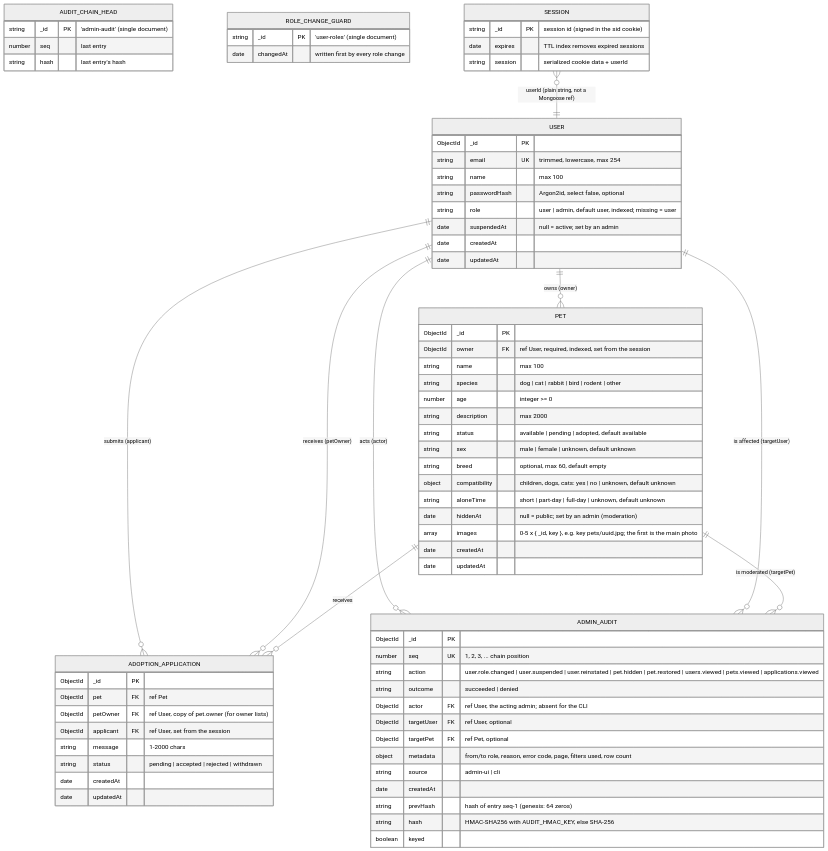
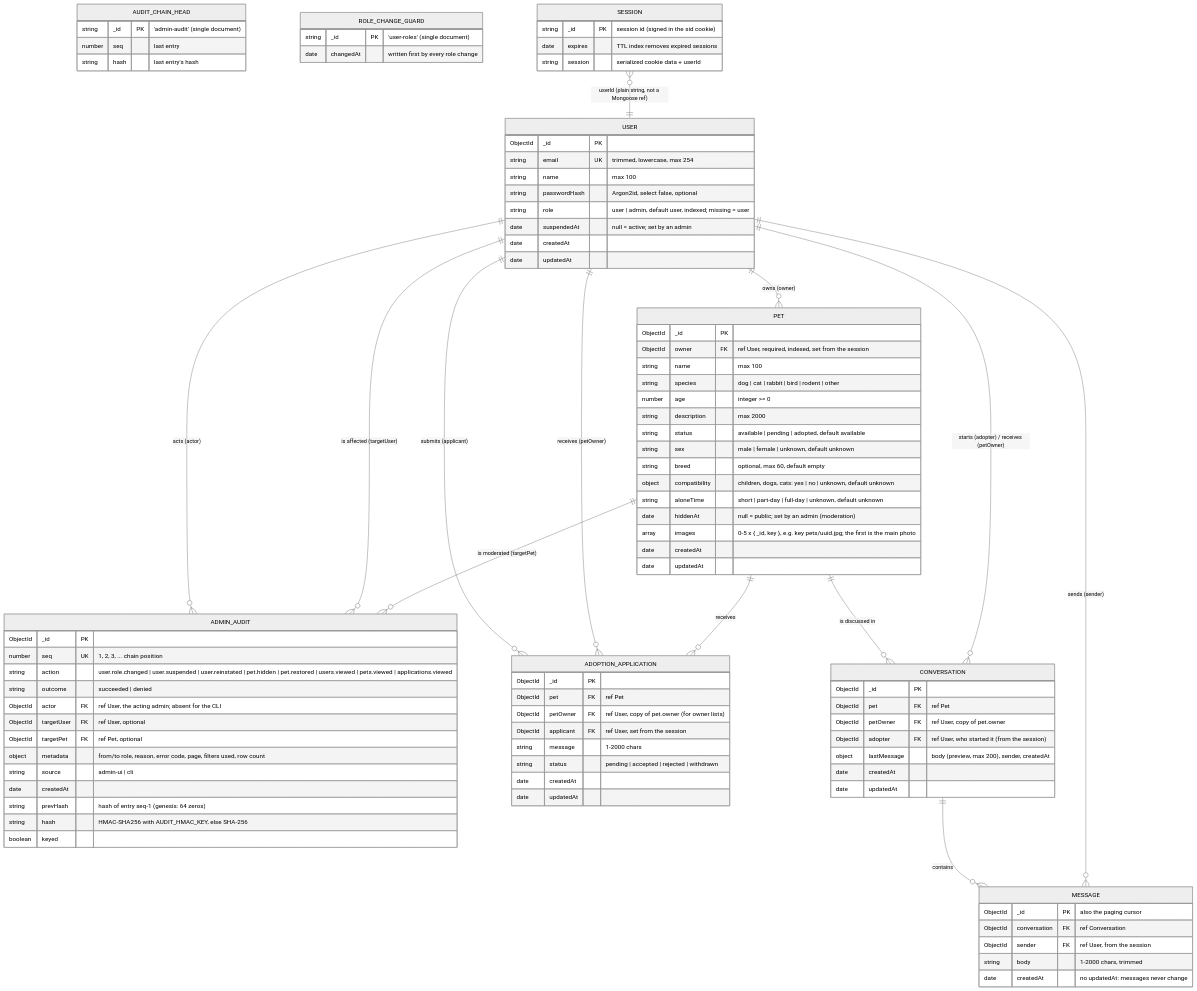
One commit to BojanSovtic/pet-adoption-system changed the seventh of 13 diagrams in docs/architecture.md. Above: the diagram before and after it, drawn with Mermaid (neutral theme). The commit also changed other lines of this file and 47 other files, not shown here.

```diff
--- a/docs/architecture.md
+++ b/docs/architecture.md
@@ -333,10 +333,30 @@
     date createdAt
     date updatedAt
   }
+  CONVERSATION {
+    ObjectId _id PK
+    ObjectId pet FK "ref Pet"
+    ObjectId petOwner FK "ref User, copy of pet.owner"
+    ObjectId adopter FK "ref User, who started it (from the session)"
+    object lastMessage "body (preview, max 200), sender, createdAt"
+    date createdAt
+    date updatedAt
+  }
+  MESSAGE {
+    ObjectId _id PK "also the paging cursor"
+    ObjectId conversation FK "ref Conversation"
+    ObjectId sender FK "ref User, from the session"
+    string body "1-2000 chars, trimmed"
+    date createdAt "no updatedAt: messages never change"
+  }
   USER ||--o{ PET : "owns (owner)"
   USER ||--o{ ADOPTION_APPLICATION : "submits (applicant)"
   USER ||--o{ ADOPTION_APPLICATION : "receives (petOwner)"
   PET ||--o{ ADOPTION_APPLICATION : "receives"
+  PET ||--o{ CONVERSATION : "is discussed in"
+  USER ||--o{ CONVERSATION : "starts (adopter) / receives (petOwner)"
+  CONVERSATION ||--o{ MESSAGE : "contains"
+  USER ||--o{ MESSAGE : "sends (sender)"
   SESSION }o--|| USER : "userId (plain string, not a Mongoose ref)"
   USER ||--o{ ADMIN_AUDIT : "acts (actor)"
   USER ||--o{ ADMIN_AUDIT : "is affected (targetUser)"
```
